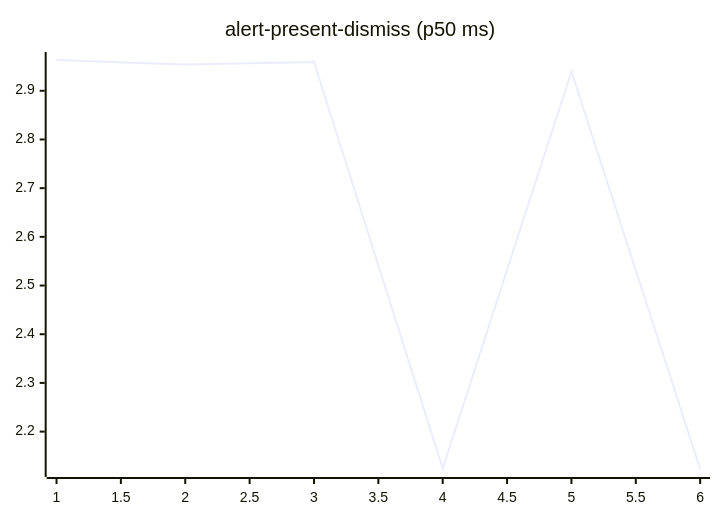
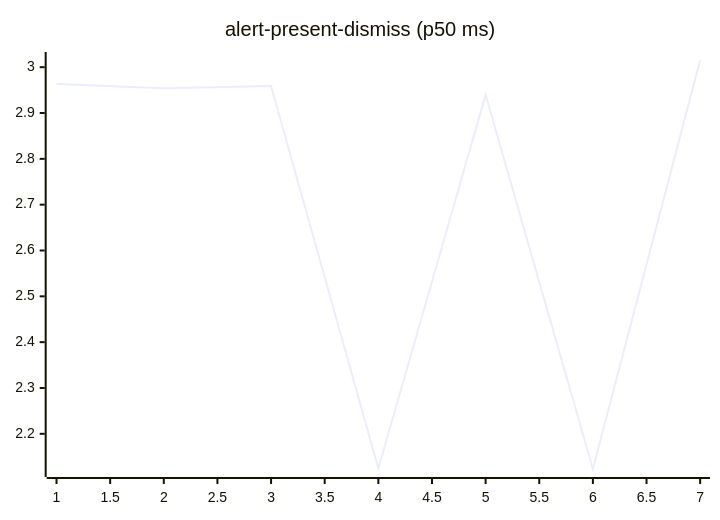
Before and after one commit to josha/Facet: the second of 27 diagrams in README.md, drawn with Mermaid. The commit also changed other lines of this file and 2 other files, not shown here.

````diff
--- a/README.md
+++ b/README.md
@@ -70,6 +70,6 @@
 ```mermaid
 xychart-beta
     title "alert-present-dismiss (p50 ms)"
-    x-axis 1 --> 6
-    line [2.9632, 2.9538, 2.9589, 2.1244, 2.9396, 2.1232]
+    x-axis 1 --> 7
+    line [2.9632, 2.9538, 2.9589, 2.1244, 2.9396, 2.1232, 3.0157]
 ```
````
